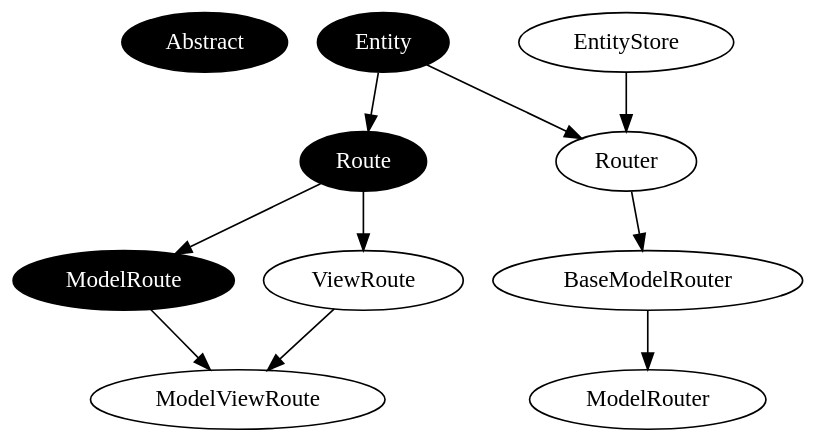
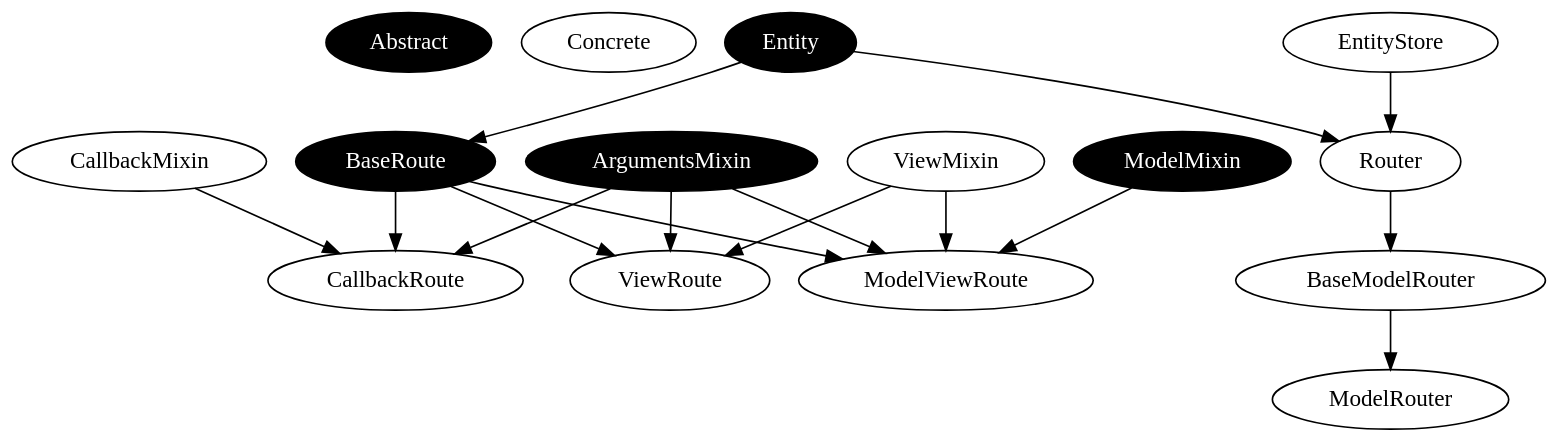
One commit to pstch/django-crucrudile changed the diagram in docs/index.rst. Above: the diagram before and after it, drawn with Graphviz. The commit also changed 11 other files, not shown here.

```diff
--- a/docs/index.rst
+++ b/docs/index.rst
@@ -27,26 +27,38 @@
 .. graphviz::
 
    digraph class_structure {
 
      bgcolor="transparent"
 
      "Abstract" [color=black, fontcolor=white, style=filled]
+     "Concrete"
 
      "Entity" [color=black, fontcolor=white, style=filled]
-     "Route" [color=black, fontcolor=white, style=filled]
-     "ModelRoute" [color=black, fontcolor=white, style=filled]
+     "BaseRoute" [color=black, fontcolor=white, style=filled]
 
-     "Entity" -> "Route"
+     "Entity" -> "BaseRoute"
      "Entity" -> "Router"
      "EntityStore" -> "Router"
 
      "Router" -> "BaseModelRouter"
      "BaseModelRouter" -> "ModelRouter"
 
-     "Route" -> "ModelRoute"
-     "Route" -> "ViewRoute"
+     "ArgumentsMixin"[color=black, fontcolor=white, style=filled]
+     "ModelMixin"[color=black, fontcolor=white, style=filled]
+     "CallbackMixin"
+     "ViewMixin"
 
-     "ModelRoute" -> "ModelViewRoute"
-     "ViewRoute" -> "ModelViewRoute"
+     "BaseRoute" -> "CallbackRoute"
+     "ArgumentsMixin" -> "CallbackRoute"
+     "CallbackMixin" -> "CallbackRoute"
+
+     "BaseRoute" -> "ViewRoute"
+     "ArgumentsMixin" -> "ViewRoute"
+     "ViewMixin" -> "ViewRoute"
+
+     "BaseRoute" -> "ModelViewRoute"
+     "ArgumentsMixin" -> "ModelViewRoute"
+     "ViewMixin" -> "ModelViewRoute"
+     "ModelMixin" -> "ModelViewRoute"
 
    }
```
